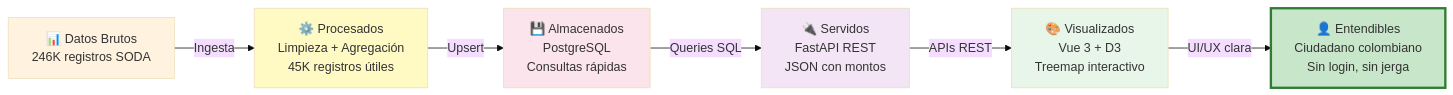
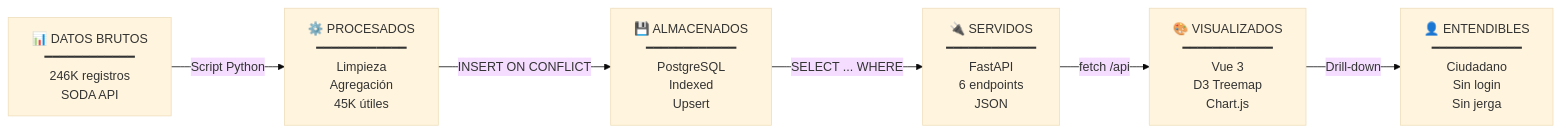
One commit to Bayonati/PoliTracker changed the sixth of 6 diagrams in ARQUITECTURA.md. Above: the diagram before and after it, drawn with Mermaid (base theme). The commit also changed other lines of this file, not shown here.

First line of the commit message:
fix: Mejorar diagrama Mermaid - sin estilos CSS

````diff
--- a/ARQUITECTURA.md
+++ b/ARQUITECTURA.md
@@ -243,22 +220,20 @@
 ```mermaid
 graph LR
-    A["📊 Datos Brutos<br/>246K registros SODA"]
-    B["⚙️ Procesados<br/>Limpieza + Agregación<br/>45K registros útiles"]
-    C["💾 Almacenados<br/>PostgreSQL<br/>Consultas rápidas"]
-    D["🔌 Servidos<br/>FastAPI REST<br/>JSON con montos"]
-    E["🎨 Visualizados<br/>Vue 3 + D3<br/>Treemap interactivo"]
-    F["👤 Entendibles<br/>Ciudadano colombiano<br/>Sin login, sin jerga"]
+    A["📊 DATOS BRUTOS<br/>━━━━━━━━━━━━<br/>246K registros<br/>SODA API"]
     
-    A -->|Ingesta| B
-    B -->|Upsert| C
-    C -->|Queries SQL| D
-    D -->|APIs REST| E
-    E -->|UI/UX clara| F
+    B["⚙️ PROCESADOS<br/>━━━━━━━━━━━━<br/>Limpieza<br/>Agregación<br/>45K útiles"]
     
-    style A fill:#fff3e0
-    style B fill:#fff9c4
-    style C fill:#fce4ec
-    style D fill:#f3e5f5
-    style E fill:#e8f5e9
-    style F fill:#c8e6c9,stroke:#2e7d32,stroke-width:3px
+    C["💾 ALMACENADOS<br/>━━━━━━━━━━━━<br/>PostgreSQL<br/>Indexed<br/>Upsert"]
+    
+    D["🔌 SERVIDOS<br/>━━━━━━━━━━━━<br/>FastAPI<br/>6 endpoints<br/>JSON"]
+    
+    E["🎨 VISUALIZADOS<br/>━━━━━━━━━━━━<br/>Vue 3<br/>D3 Treemap<br/>Chart.js"]
+    
+    F["👤 ENTENDIBLES<br/>━━━━━━━━━━━━<br/>Ciudadano<br/>Sin login<br/>Sin jerga"]
+    
+    A -->|Script Python| B
+    B -->|INSERT ON CONFLICT| C
+    C -->|SELECT ... WHERE| D
+    D -->|fetch /api| E
+    E -->|Drill-down| F
 ```
````
